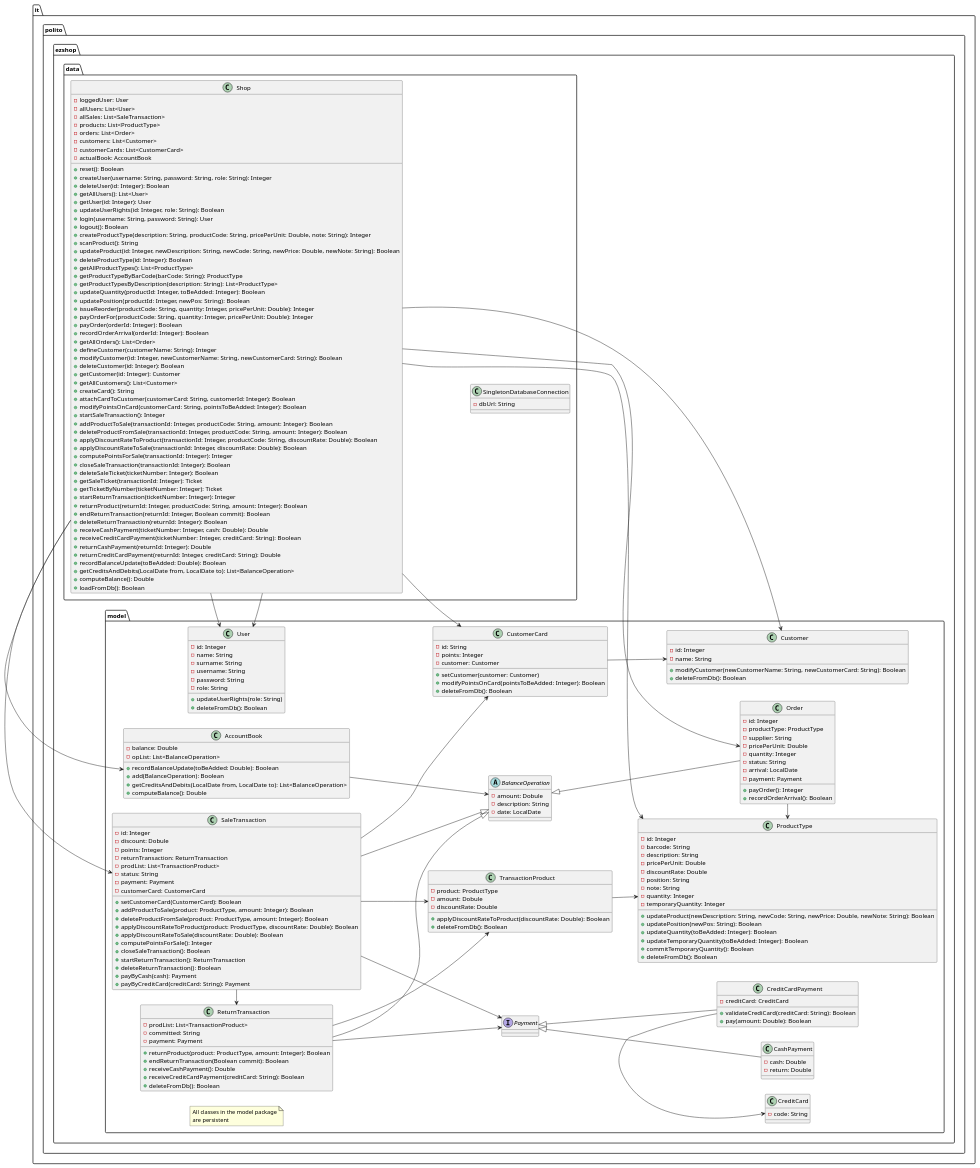
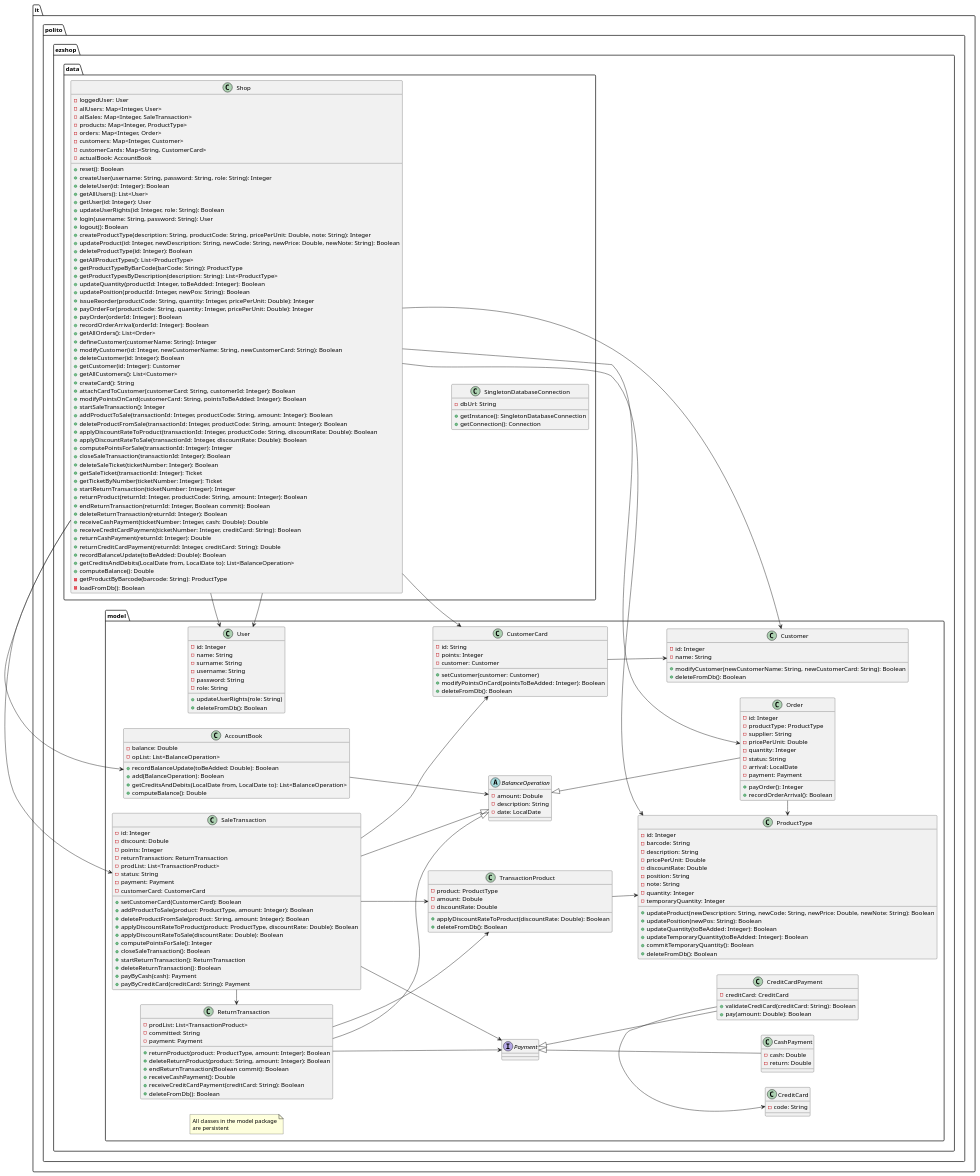
One commit to MatteoBattilana/EzShop changed the second of 4 diagrams in Deliverables/DesignDocument.md. Above: the diagram before and after it, drawn with PlantUML.

Commit message:
docs: added map and missing methods

```diff
--- a/Deliverables/DesignDocument.md
+++ b/Deliverables/DesignDocument.md
@@ -55,15 +55,17 @@
 
     class SingletonDatabaseConnection {
       - dbUrl: String
+      + getInstance(): SingletonDatabaseConnection
+      + getConnection(): Connection
     }
   class Shop {
     - loggedUser: User
-    - allUsers: List<User>
-    - allSales: List<SaleTransaction>
-    - products: List<ProductType>
-    - orders: List<Order>
-    - customers: List<Customer>
-    - customerCards: List<CustomerCard>
+    - allUsers: Map<Integer, User>
+    - allSales: Map<Integer, SaleTransaction>
+    - products: Map<Integer, ProductType>
+    - orders: Map<Integer, Order>
+    - customers: Map<Integer, Customer>
+    - customerCards: Map<String, CustomerCard>
     - actualBook: AccountBook
     + reset(): Boolean
 + createUser(username: String, password: String, role: String): Integer
@@ -74,7 +76,6 @@
 + login(username: String, password: String): User
 + logout(): Boolean
 + createProductType(description: String, productCode: String, pricePerUnit: Double, note: String): Integer
-+ scanProduct(): String
 + updateProduct(id: Integer, newDescription: String, newCode: String, newPrice: Double, newNote: String): Boolean
 + deleteProductType(id: Integer): Boolean
 + getAllProductTypes(): List<ProductType>
@@ -116,7 +117,8 @@
 + recordBalanceUpdate(toBeAdded: Double): Boolean
 + getCreditsAndDebits(LocalDate from, LocalDate to): List<BalanceOperation>
 + computeBalance(): Double
-+ loadFromDb(): Boolean
+- getProductByBarcode(barcode: String): ProductType
+- loadFromDb(): Boolean
   }
   Shop -[hidden]-> SingletonDatabaseConnection
 }
@@ -195,7 +197,7 @@
       - customerCard: CustomerCard
       + setCustomerCard(CustomerCard): Boolean
       + addProductToSale(product: ProductType, amount: Integer): Boolean
-      + deleteProductFromSale(product: ProductType, amount: Integer): Boolean
+      + deleteProductFromSale(product: String, amount: Integer): Boolean
       + applyDiscountRateToProduct(product: ProductType, discountRate: Double): Boolean
       + applyDiscountRateToSale(discountRate: Double): Boolean
       + computePointsForSale(): Integer
@@ -210,6 +212,7 @@
     - committed: String
     - payment: Payment
     + returnProduct(product: ProductType, amount: Integer): Boolean
+    + deleteReturnProduct(product: String, amount: Integer): Boolean
     + endReturnTransaction(Boolean commit): Boolean
     + receiveCashPayment(): Double
     + receiveCreditCardPayment(creditCard: String): Boolean
```
